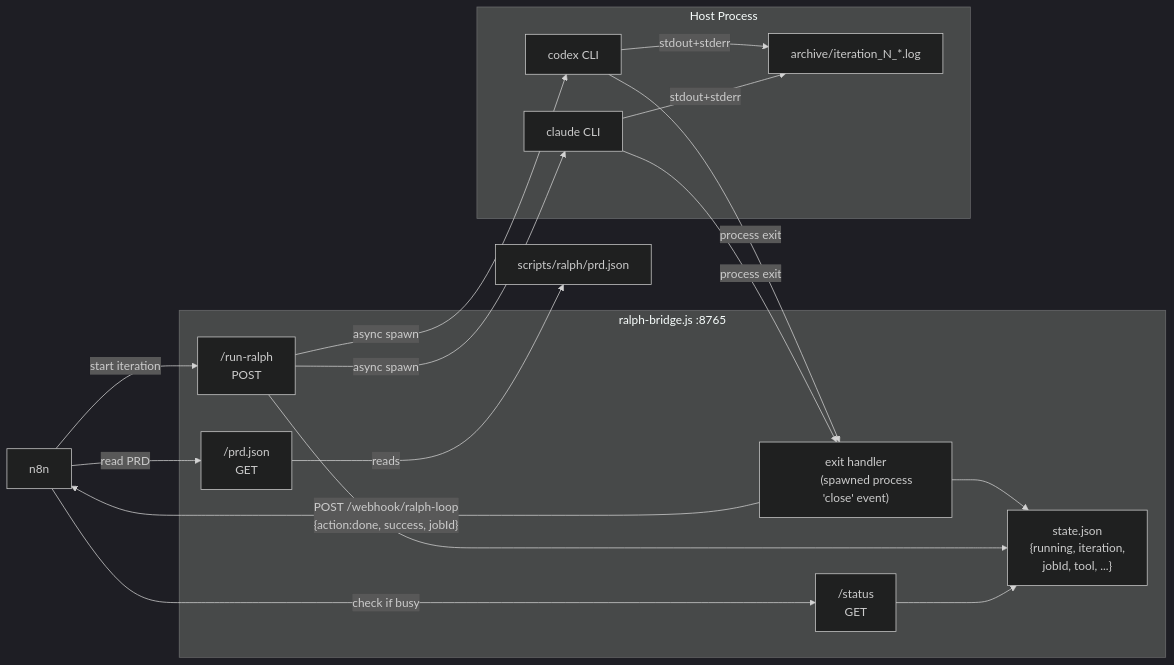
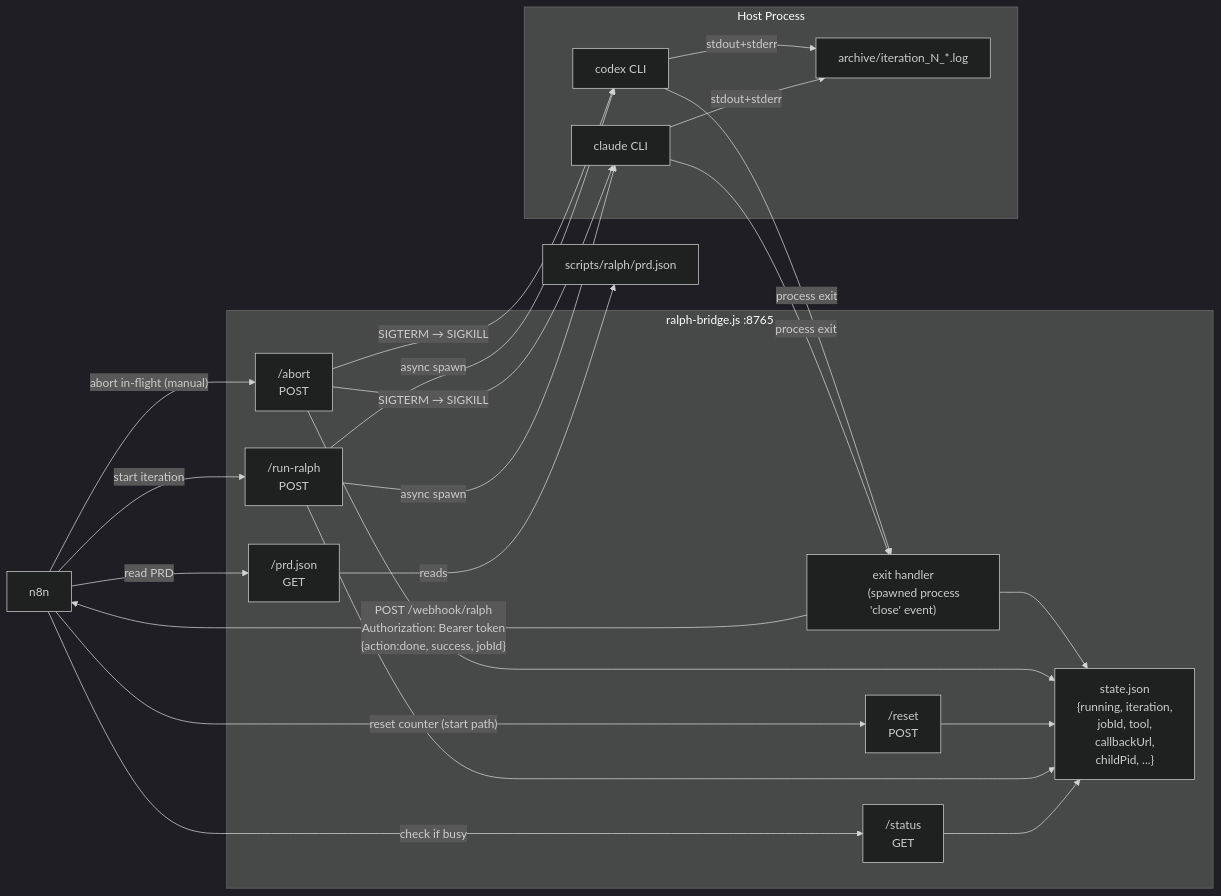
One commit to NNTin/gsnake-specs changed the second of 8 diagrams in ralph-loop/architecture.md. Above: the diagram before and after it, drawn with Mermaid (dark theme). The commit also changed other lines of this file, not shown here.

First line of the commit message:
feat: improve ralph-loop architecture — auth gateway, reset/abort, amp removal

````diff
--- a/ralph-loop/architecture.md
+++ b/ralph-loop/architecture.md
@@ -65,44 +68,57 @@
 ```mermaid
 graph LR
     N8N["n8n"]
 
     subgraph Bridge["ralph-bridge.js :8765"]
         S["/status
         GET"]
         P["/prd.json
         GET"]
         R["/run-ralph
         POST"]
+        RST["/reset
+        POST"]
+        AB["/abort
+        POST"]
         State["state.json
         {running, iteration,
-        jobId, tool, ...}"]
+        jobId, tool,
+        callbackUrl,
+        childPid, ...}"]
         EH["exit handler
         (spawned process 'close' event)"]
     end
 
     subgraph HostProcess["Host Process"]
         Claude["claude CLI"]
         Codex["codex CLI"]
         Log["archive/iteration_N_*.log"]
     end
 
     N8N -->|"check if busy"| S
     N8N -->|"read PRD"| P
+    N8N -->|"reset counter (start path)"| RST
     N8N -->|"start iteration"| R
+    N8N -->|"abort in-flight (manual)"| AB
 
     S --> State
     R --> State
+    RST --> State
+    AB --> State
 
     R -->|"async spawn"| Claude
     R -->|"async spawn"| Codex
     Claude -->|"stdout+stderr"| Log
     Codex -->|"stdout+stderr"| Log
 
     Claude -->|"process exit"| EH
     Codex -->|"process exit"| EH
+    AB -->|"SIGTERM → SIGKILL"| Claude
+    AB -->|"SIGTERM → SIGKILL"| Codex
     EH --> State
-    EH -->|"POST /webhook/ralph-loop
+    EH -->|"POST /webhook/ralph
+    Authorization: Bearer token
     {action:done, success, jobId}"| N8N
 
     P -->|"reads"| PRD["scripts/ralph/prd.json"]
 ```
````
